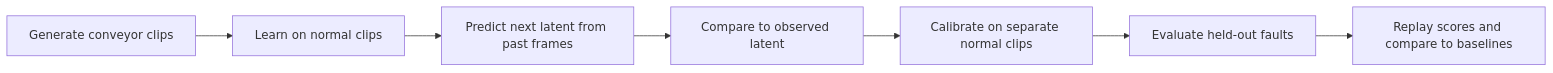
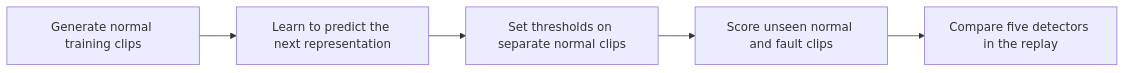
Before and after one commit to sandeshbagmare/beltwatch-lab: the diagram in README.md, drawn with Mermaid. The commit also changed other lines of this file and 23 other files, not shown here.

````diff
--- a/README.md
+++ b/README.md
@@ -47,9 +57,7 @@
 ```mermaid
 flowchart LR
-    A[Generate conveyor clips] --> B[Learn on normal clips]
-    B --> C[Predict next latent from past frames]
-    C --> D[Compare to observed latent]
-    D --> E[Calibrate on separate normal clips]
-    E --> F[Evaluate held-out faults]
-    F --> G[Replay scores and compare to baselines]
+    A[Generate normal training clips] --> B[Learn to predict the next representation]
+    B --> C[Set thresholds on separate normal clips]
+    C --> D[Score unseen normal and fault clips]
+    D --> E[Compare five detectors in the replay]
 ```
````
